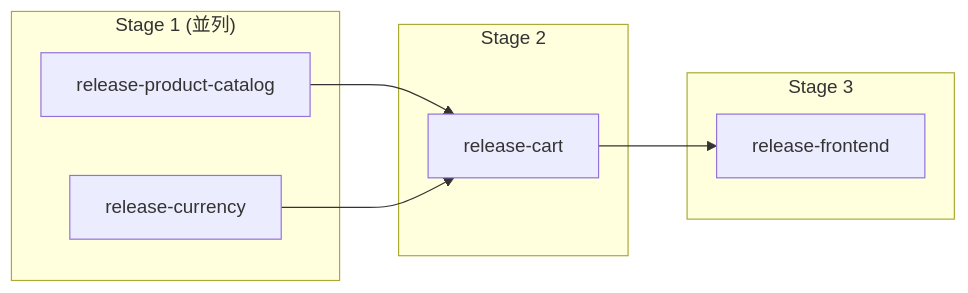
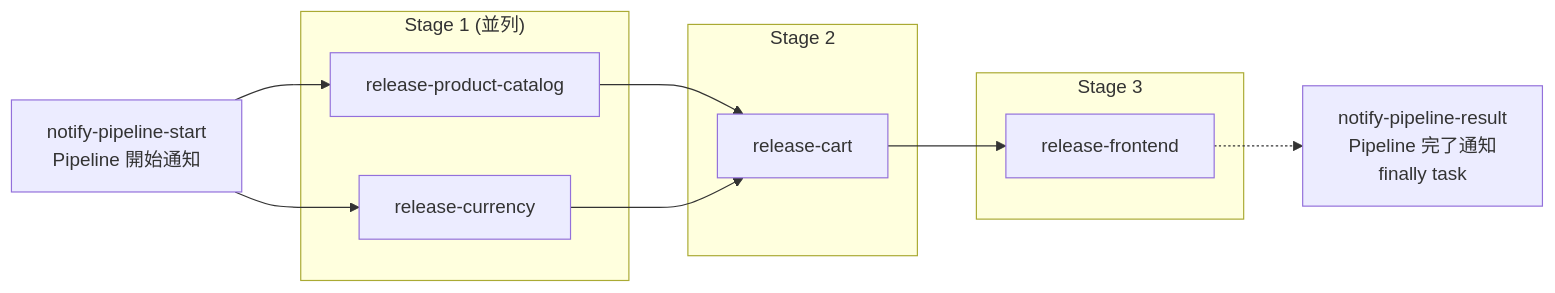
One commit to tarosaiba/argo-rollouts-sample changed the first of 2 diagrams in docs/pipeline.md. Above: the diagram before and after it, drawn with Mermaid. The commit also changed other lines of this file, not shown here.

Commit message:
docs: update pipeline diagram with start/result notification tasks

````diff
--- a/docs/pipeline.md
+++ b/docs/pipeline.md
@@ -25,17 +25,22 @@
 ```mermaid
 graph LR
+    NS[notify-pipeline-start<br/>Pipeline 開始通知]
     subgraph "Stage 1 (並列)"
         PC[release-product-catalog]
         CU[release-currency]
     end
     subgraph "Stage 2"
         CA[release-cart]
     end
     subgraph "Stage 3"
         FE[release-frontend]
     end
+    NR[notify-pipeline-result<br/>Pipeline 完了通知<br/>finally task]
 
+    NS --> PC
+    NS --> CU
     PC --> CA
     CU --> CA
     CA --> FE
+    FE -.-> NR
 ```
````
